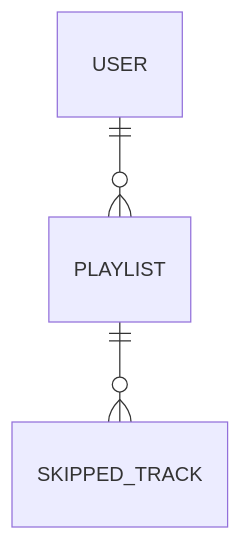
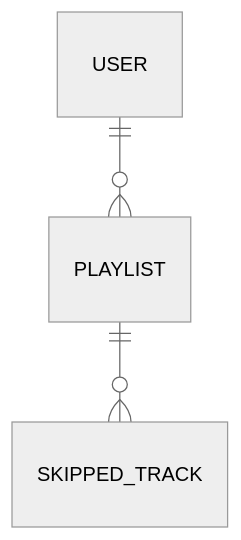
The first of 2 diagrams in README.md (paulmccarron/spotify-playlist-janitor), drawn with Mermaid before and after one commit. The commit also changed other lines of this file, not shown here.

Commit message:
Added Entity Relationship Diagram

````diff
--- a/README.md
+++ b/README.md
@@ -32,5 +32,6 @@
 ```mermaid
+%%{init: {'theme':'neutral'}}%%
 erDiagram
     USER ||--o{ PLAYLIST : ""
     PLAYLIST ||--o{ SKIPPED_TRACK : ""
 ```
````
